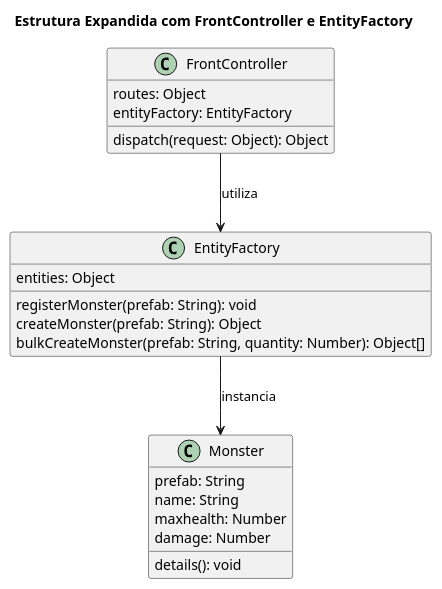
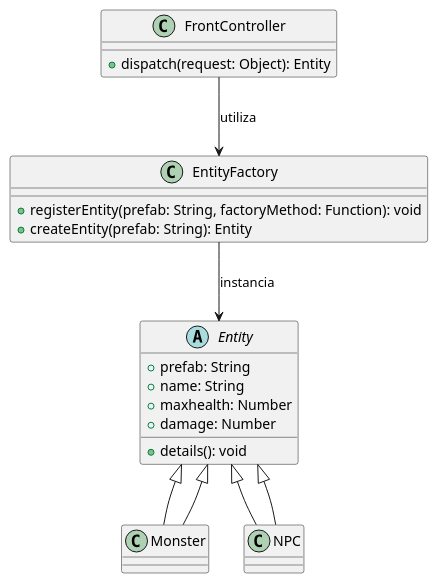
The diagram in README.md (20242-ifba-saj-ads-ppr/seminario-ppr-estrutural-front-controller-builder), drawn with PlantUML before and after one commit. The commit also changed other lines of this file and 1 other file, not shown here.

````diff
--- a/README.md
+++ b/README.md
@@ -9,29 +9,30 @@
 ```plantuml
-@startuml
-title Estrutura Expandida com FrontController e EntityFactory
+Diagrama UML
+@startuml title Estrutura Expandida com FrontController e EntityFactory
+
+abstract class Entity {
+    + prefab: String
+    + name: String
+    + maxhealth: Number
+    + damage: Number
+    + details(): void
+}
+
+class Monster extends Entity {}
+class NPC extends Entity {}
+
+class EntityFactory {
+    + registerEntity(prefab: String, factoryMethod: Function): void
+    + createEntity(prefab: String): Entity
+}
 
 class FrontController {
-    routes: Object
-    entityFactory: EntityFactory
-    dispatch(request: Object): Object 
-}
-
-class EntityFactory {
-    entities: Object
-    registerMonster(prefab: String): void
-    createMonster(prefab: String): Object
-    bulkCreateMonster(prefab: String, quantity: Number): Object[] 
-}
-
-class Monster {
-    prefab: String
-    name: String
-    maxhealth: Number
-    damage: Number
-    details(): void 
+    + dispatch(request: Object): Entity
 }
 
 FrontController --> EntityFactory : utiliza 
-EntityFactory --> Monster : instancia
+EntityFactory --> Entity : instancia
+Entity <|-- Monster
+Entity <|-- NPC
 @enduml
 ``` 
````
